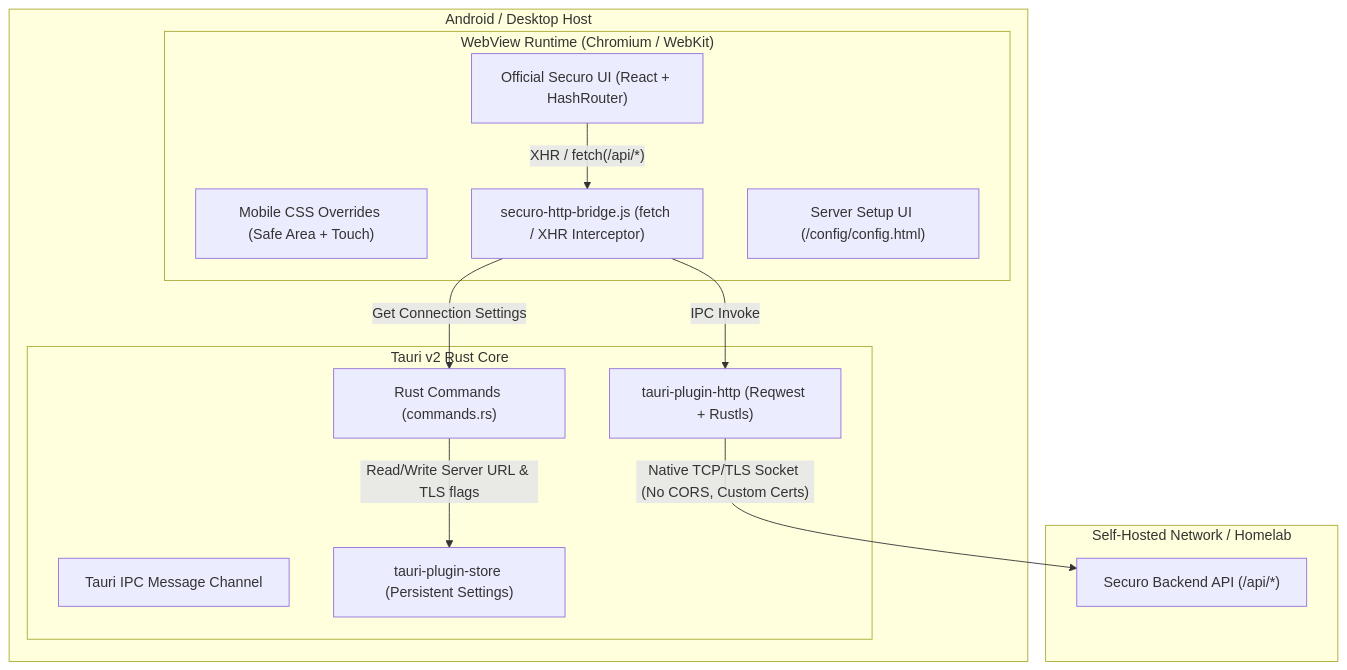
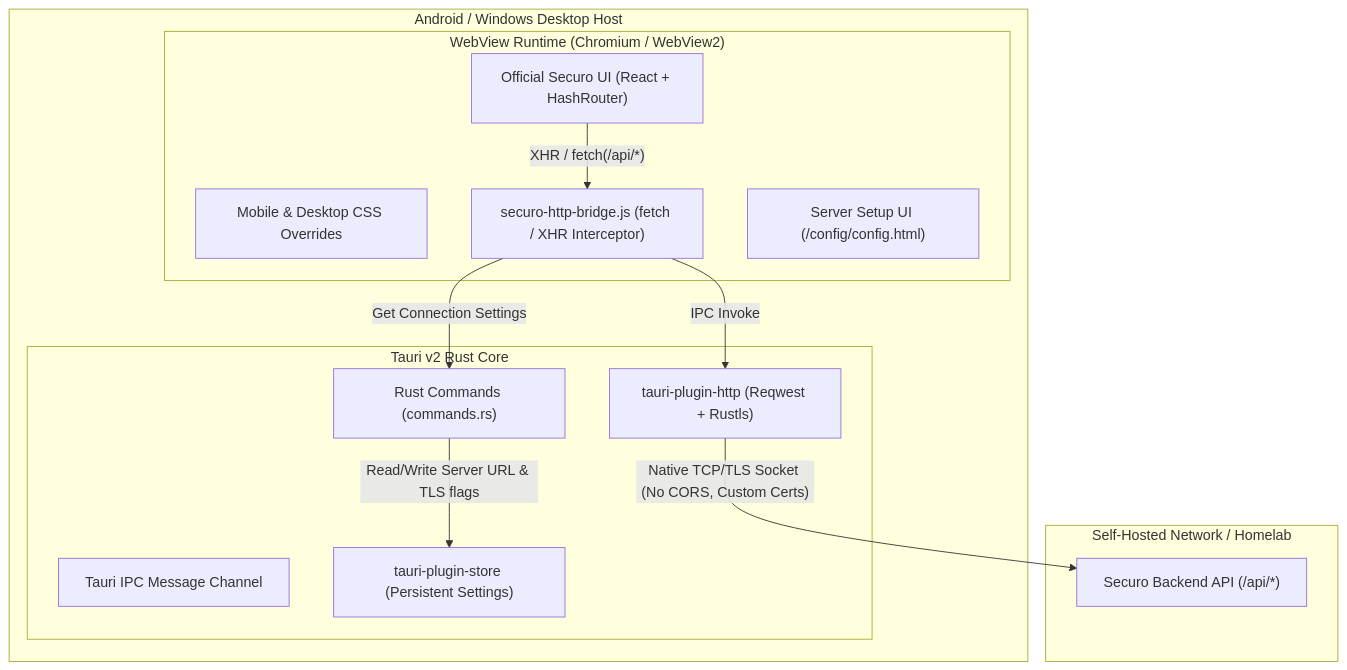
One commit to Marcelo-maga/securo-client changed the first of 4 diagrams in ARCHITECTURE.md. Above: the diagram before and after it, drawn with Mermaid. The commit also changed other lines of this file and 6 other files, not shown here.

````diff
--- a/ARCHITECTURE.md
+++ b/ARCHITECTURE.md
@@ -22,30 +22,30 @@
 ```mermaid
 graph TD
-    subgraph Device["Android / Desktop Host"]
-        subgraph WebViewSandbox["WebView Runtime (Chromium / WebKit)"]
+    subgraph Device["Android / Windows Desktop Host"]
+        subgraph WebViewSandbox["WebView Runtime (Chromium / WebView2)"]
             UI["Official Securo UI (React + HashRouter)"]
-            CSS["Mobile CSS Overrides (Safe Area + Touch)"]
+            CSS["Mobile & Desktop CSS Overrides"]
             Bridge["securo-http-bridge.js (fetch / XHR Interceptor)"]
             SetupUI["Server Setup UI (/config/config.html)"]
 
             UI -->|"XHR / fetch(/api/*)"| Bridge
         end
 
         subgraph TauriRuntime["Tauri v2 Rust Core"]
             IPC["Tauri IPC Message Channel"]
             HttpPlugin["tauri-plugin-http (Reqwest + Rustls)"]
             StorePlugin["tauri-plugin-store (Persistent Settings)"]
             Cmds["Rust Commands (commands.rs)"]
 
             Bridge -->|"IPC Invoke"| HttpPlugin
             Bridge -->|"Get Connection Settings"| Cmds
             Cmds -->|"Read/Write Server URL & TLS flags"| StorePlugin
         end
     end
 
     subgraph RemoteNetwork["Self-Hosted Network / Homelab"]
         Backend["Securo Backend API (/api/*)"]
     end
 
     HttpPlugin -->|"Native TCP/TLS Socket (No CORS, Custom Certs)"| Backend
 ```
````
